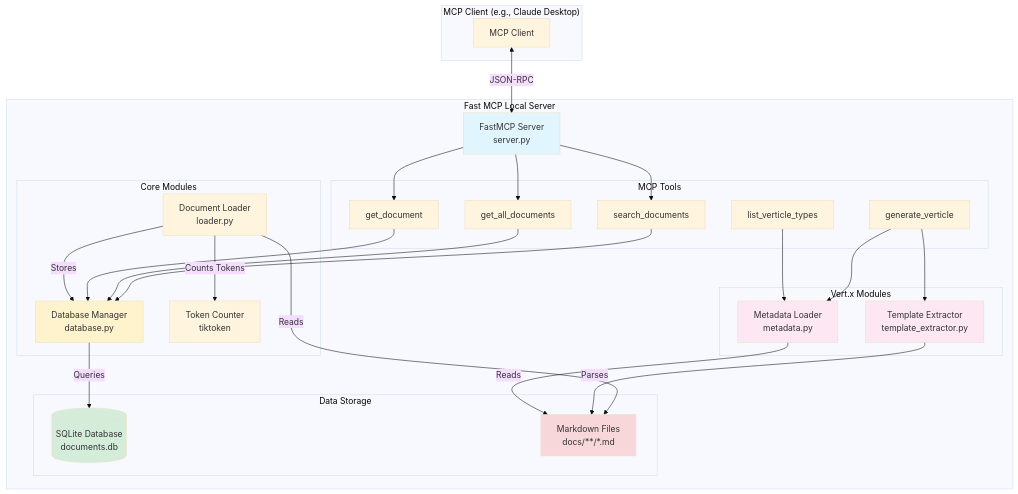
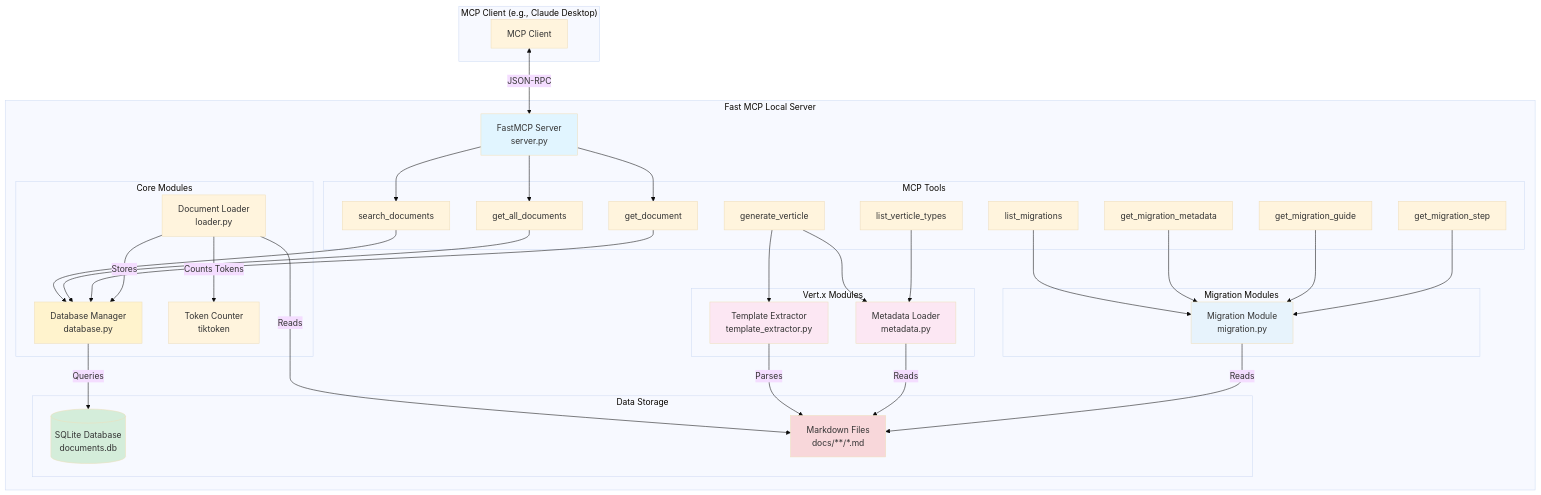
Before and after one commit to karthik78180/fast-mcp-local: the first of 7 diagrams in ARCHITECTURE.md, drawn with Mermaid (base theme). The commit also changed other lines of this file and 10 other files, not shown here.

````diff
--- a/ARCHITECTURE.md
+++ b/ARCHITECTURE.md
@@ -9,61 +9,75 @@
 ```mermaid
 graph TB
     subgraph "MCP Client (e.g., Claude Desktop)"
         Client[MCP Client]
     end
 
     subgraph "Fast MCP Local Server"
         Server[FastMCP Server<br/>server.py]
 
         subgraph "Core Modules"
             Loader[Document Loader<br/>loader.py]
             DB[Database Manager<br/>database.py]
             Tokenizer[Token Counter<br/>tiktoken]
         end
 
         subgraph "Data Storage"
             SQLite[(SQLite Database<br/>documents.db)]
             Files[Markdown Files<br/>docs/**/*.md]
         end
 
         subgraph "MCP Tools"
             T1[search_documents]
             T2[get_all_documents]
             T3[get_document]
             T4[generate_verticle]
             T5[list_verticle_types]
+            T6[list_migrations]
+            T7[get_migration_metadata]
+            T8[get_migration_guide]
+            T9[get_migration_step]
         end
 
         subgraph "Vert.x Modules"
             TE[Template Extractor<br/>template_extractor.py]
             Meta[Metadata Loader<br/>metadata.py]
+        end
+
+        subgraph "Migration Modules"
+            MigMod[Migration Module<br/>migration.py]
         end
     end
 
     Client <-->|JSON-RPC| Server
     Server --> T1
     Server --> T2
     Server --> T3
 
     T1 --> DB
     T2 --> DB
     T3 --> DB
     T4 --> TE
     T4 --> Meta
     T5 --> Meta
+    T6 --> MigMod
+    T7 --> MigMod
+    T8 --> MigMod
+    T9 --> MigMod
 
     Loader -->|Reads| Files
     Loader -->|Counts Tokens| Tokenizer
     Loader -->|Stores| DB
     DB -->|Queries| SQLite
 
     TE -->|Parses| Files
     Meta -->|Reads| Files
+    MigMod -->|Reads| Files
 
     style Server fill:#e1f5ff
     style DB fill:#fff3cd
     style SQLite fill:#d4edda
     style Files fill:#f8d7da
     style TE fill:#fce7f3
     style Meta fill:#fce7f3
+    style MigMod fill:#e7f3fc
 ```
````
